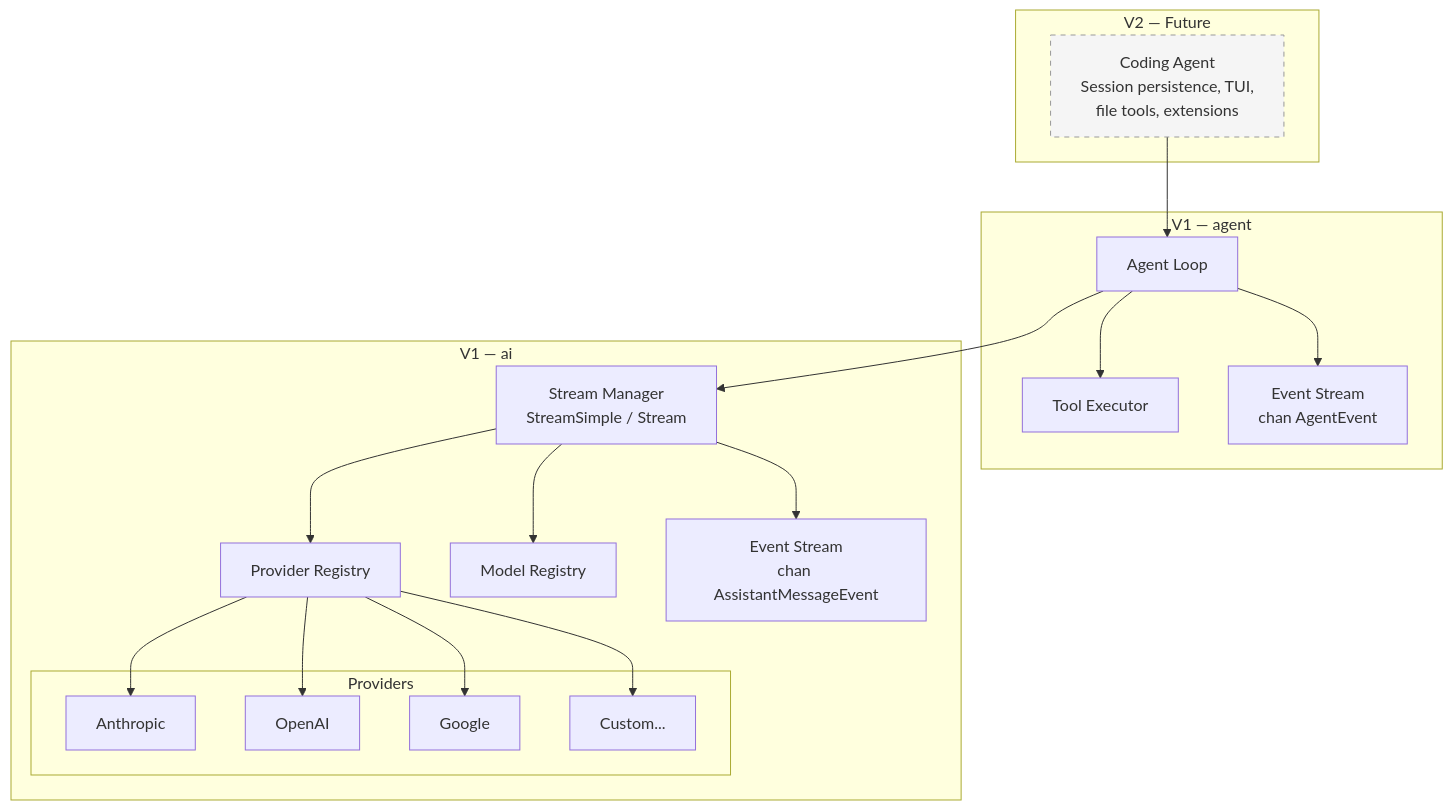
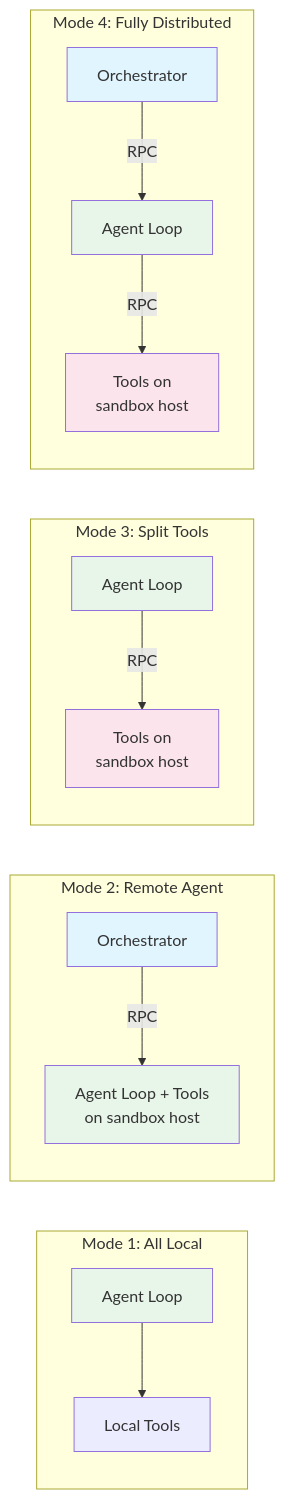
Before and after one commit to dcosson/flex-agent-runtime: the second of 10 diagrams in docs/plans/00-architecture.md, drawn with Mermaid. The commit also changed other lines of this file and 1 other file, not shown here.

First line of the commit message:
Replace architecture doc and plan index for full h2-agent-runtime scope

````diff
--- a/docs/plans/00-architecture.md
+++ b/docs/plans/00-architecture.md
@@ -24,40 +138,27 @@
 ```mermaid
-graph TB
-    subgraph "V2 — Future"
-        CA[Coding Agent<br/>Session persistence, TUI,<br/>file tools, extensions]
+graph LR
+    subgraph "Mode 1: All Local"
+        M1A[Agent Loop] --> M1B[Local Tools]
     end
 
-    subgraph "V1 — agent"
-        AL[Agent Loop]
-        TE[Tool Executor]
-        ES2[Event Stream<br/>chan AgentEvent]
-        AL --> TE
-        AL --> ES2
+    subgraph "Mode 2: Remote Agent"
+        M2O[Orchestrator] -->|RPC| M2A[Agent Loop + Tools<br/>on sandbox host]
     end
 
-    subgraph "V1 — ai"
-        SM[Stream Manager<br/>StreamSimple / Stream]
-        PR[Provider Registry]
-        MR[Model Registry]
-        ES1[Event Stream<br/>chan AssistantMessageEvent]
-        SM --> PR
-        SM --> MR
-        SM --> ES1
-
-        subgraph "Providers"
-            P1[Anthropic]
-            P2[OpenAI]
-            P3[Google]
-            P4[Custom...]
-        end
-        PR --> P1
-        PR --> P2
-        PR --> P3
-        PR --> P4
+    subgraph "Mode 3: Split Tools"
+        M3A[Agent Loop] -->|RPC| M3B[Tools on<br/>sandbox host]
     end
 
-    CA --> AL
-    AL --> SM
+    subgraph "Mode 4: Fully Distributed"
+        M4O[Orchestrator] -->|RPC| M4A[Agent Loop] -->|RPC| M4B[Tools on<br/>sandbox host]
+    end
 
-    style CA fill:#f5f5f5,stroke:#999,stroke-dasharray: 5 5
+    style M1A fill:#e8f5e9
+    style M2O fill:#e1f5fe
+    style M2A fill:#e8f5e9
+    style M3A fill:#e8f5e9
+    style M3B fill:#fce4ec
+    style M4O fill:#e1f5fe
+    style M4A fill:#e8f5e9
+    style M4B fill:#fce4ec
 ```
````
